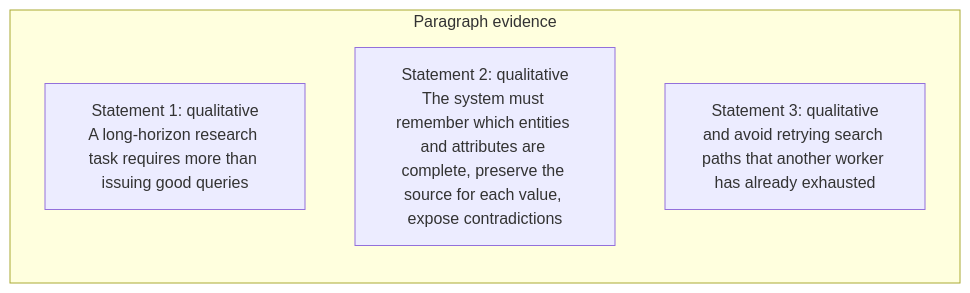
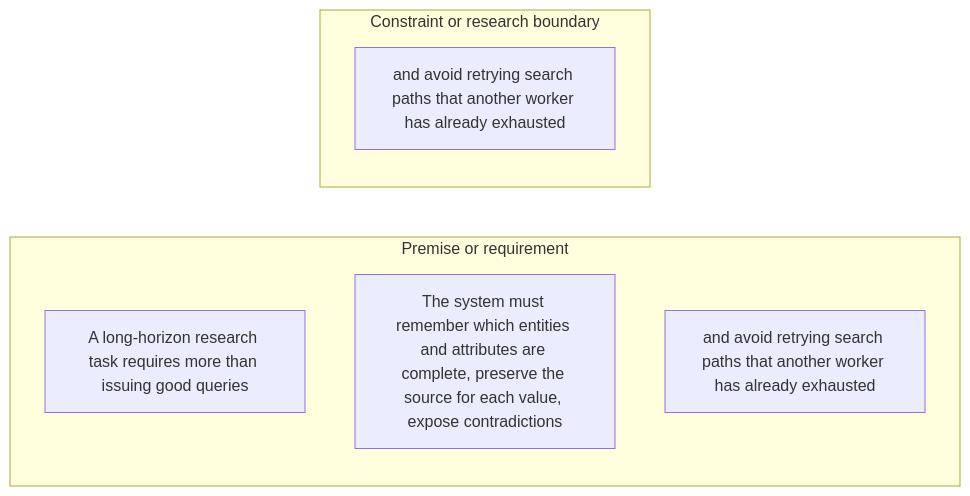
Before and after one commit to Betancourt1/paper_atlas: the first of 51 diagrams in docs/visual-manifests/VISUAL_MANIFEST_SEARCHOS_V1.md, drawn with Mermaid. The commit also changed other lines of this file and 7 other files, not shown here.

````diff
--- a/docs/visual-manifests/VISUAL_MANIFEST_SEARCHOS_V1.md
+++ b/docs/visual-manifests/VISUAL_MANIFEST_SEARCHOS_V1.md
@@ -55,8 +56,11 @@
 ```mermaid
 flowchart LR
-  subgraph p1["Paragraph evidence"]
-    p1r1["Statement 1: qualitative<br/>A long-horizon research task requires more than issuing good queries"]
-    p1r2["Statement 2: qualitative<br/>The system must remember which entities and attributes are complete, preserve the source for each value, expose contradictions"]
-    p1r3["Statement 3: qualitative<br/>and avoid retrying search paths that another worker has already exhausted"]
+  subgraph g1["Premise or requirement"]
+    g1i1["A long-horizon research task requires more than issuing good queries"]
+    g1i2["The system must remember which entities and attributes are complete, preserve the source for each value, expose contradictions"]
+    g1i3["and avoid retrying search paths that another worker has already exhausted"]
+  end
+  subgraph g2["Constraint or research boundary"]
+    g2i1["and avoid retrying search paths that another worker has already exhausted"]
   end
 ```
````
